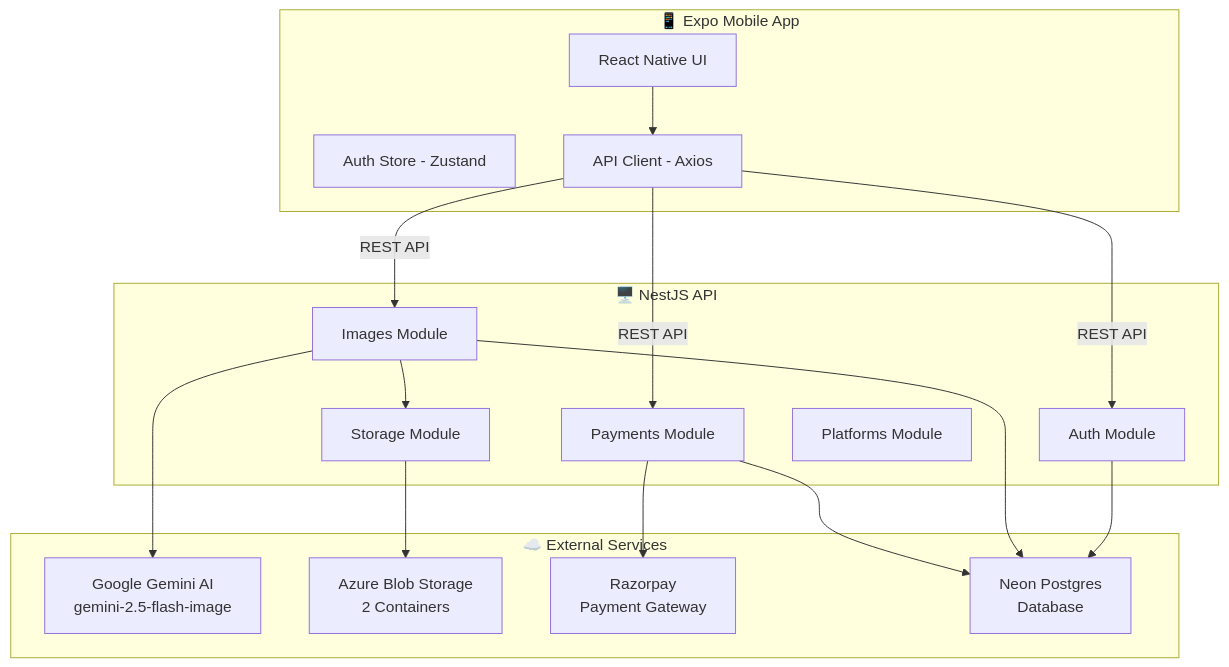
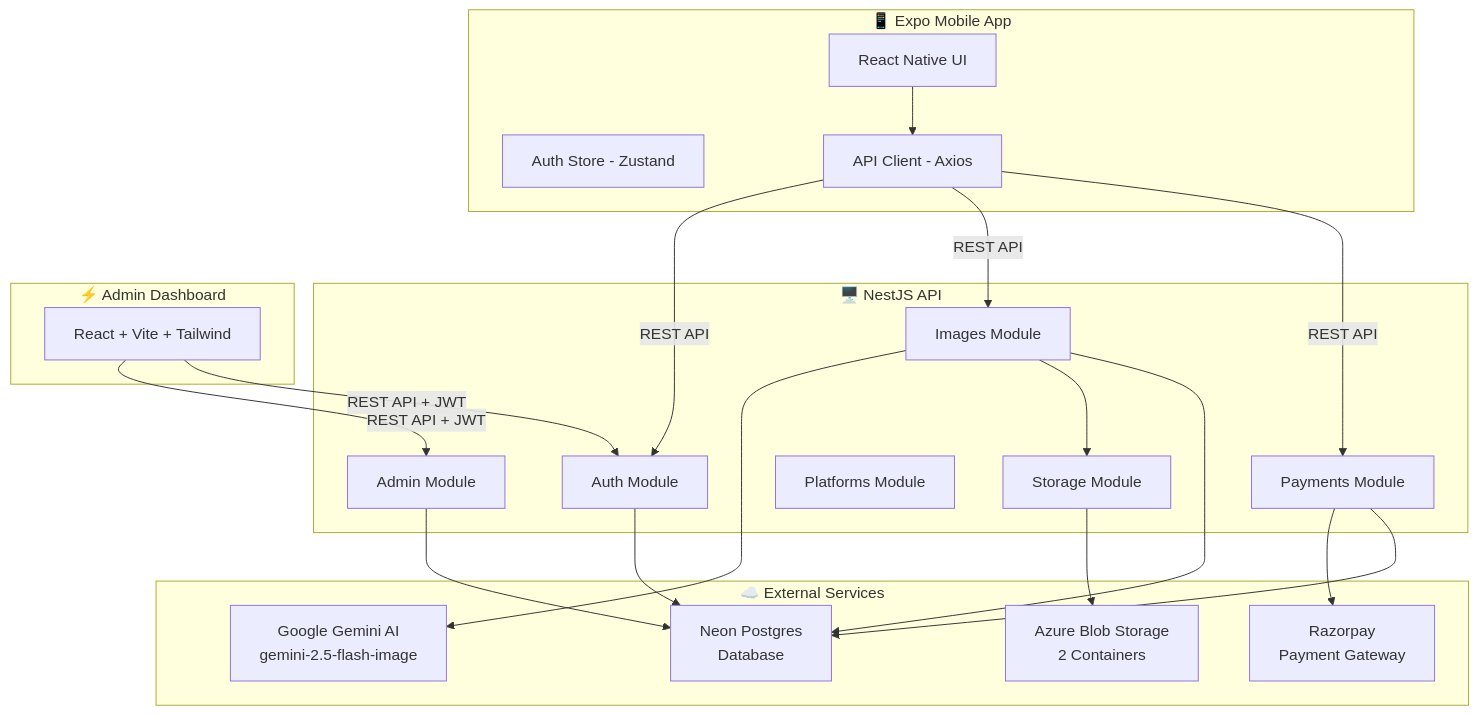
One commit to learnwithsatyam/listic changed the first of 12 diagrams in docs/ARCHITECTURE.md. Above: the diagram before and after it, drawn with Mermaid. The commit also changed other lines of this file, not shown here.

First line of the commit message:
docs: update architecture with admin panel, infrastructure, and recent changes

````diff
--- a/docs/ARCHITECTURE.md
+++ b/docs/ARCHITECTURE.md
@@ -27,36 +29,45 @@
 ```mermaid
 graph TB
     subgraph Client["📱 Expo Mobile App"]
         UI[React Native UI]
         AuthStore[Auth Store - Zustand]
         API_Client[API Client - Axios]
     end
 
     subgraph Server["🖥️ NestJS API"]
         Auth[Auth Module]
         Images[Images Module]
         Payments[Payments Module]
         Storage[Storage Module]
         Platforms[Platforms Module]
+        Admin[Admin Module]
+    end
+
+    subgraph AdminPanel["⚡ Admin Dashboard"]
+        AdminUI[React + Vite + Tailwind]
     end
 
     subgraph External["☁️ External Services"]
         Gemini[Google Gemini AI<br/>gemini-2.5-flash-image]
         Azure[Azure Blob Storage<br/>2 Containers]
         Razorpay[Razorpay<br/>Payment Gateway]
         Neon[Neon Postgres<br/>Database]
     end
 
     UI --> API_Client
     API_Client -->|REST API| Auth
     API_Client -->|REST API| Images
     API_Client -->|REST API| Payments
 
+    AdminUI -->|REST API + JWT| Admin
+    AdminUI -->|REST API + JWT| Auth
+
     Images --> Gemini
     Images --> Storage
     Storage --> Azure
     Payments --> Razorpay
     Auth --> Neon
     Images --> Neon
     Payments --> Neon
+    Admin --> Neon
 ```
````
